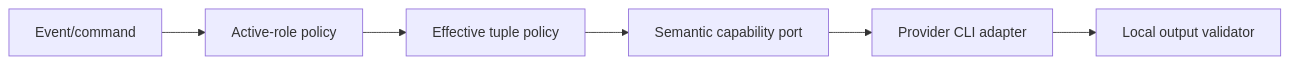
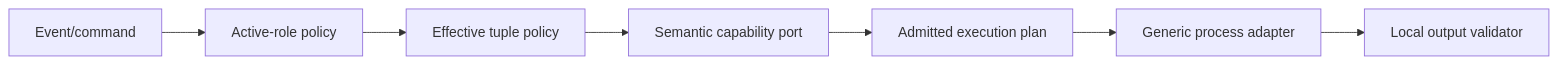
Before and after one commit to vypdev/copilot: the diagram in specs/agent-runtime-provider-and-model-routing.md, drawn with Mermaid. The commit also changed other lines of this file and 147 other files, not shown here.

````diff
--- a/specs/agent-runtime-provider-and-model-routing.md
+++ b/specs/agent-runtime-provider-and-model-routing.md
@@ -182,8 +186,9 @@
 ```mermaid
 flowchart LR
   E[Event/command] --> A[Active-role policy]
   A --> C[Effective tuple policy]
   C --> P[Semantic capability port]
-  P --> D[Provider CLI adapter]
-  D --> O[Local output validator]
+  P --> D[Admitted execution plan]
+  D --> G[Generic process adapter]
+  G --> O[Local output validator]
 ```
````
